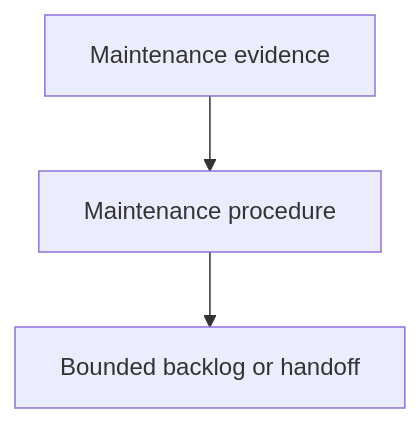
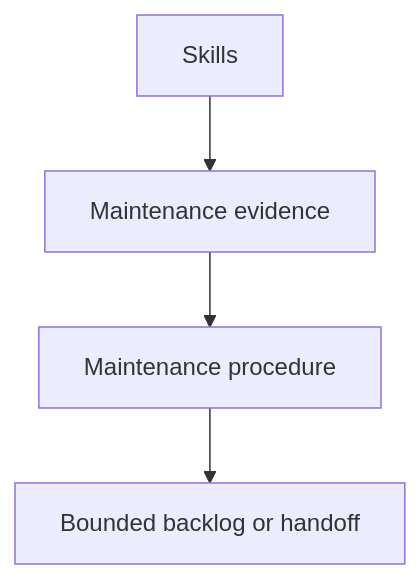
The diagram in skills/maintaining-components/as-is.md (abstract-business-systems/as-is), drawn with Mermaid before and after one commit. The commit also changed other lines of this file and 16 other files, not shown here.

Commit message:
docs(skills): add parent navigation to component records

````diff
--- a/skills/maintaining-components/as-is.md
+++ b/skills/maintaining-components/as-is.md
@@ -15,5 +17,7 @@
 ```mermaid
 flowchart TD
-    A["Maintenance evidence"] --> B["Maintenance procedure"]
+    Parent["Skills"] --> A["Maintenance evidence"] --> B["Maintenance procedure"]
     B --> C["Bounded backlog or handoff"]
+
+    click Parent href "../as-is.md#design" "Open Skills design"
 ```
````
